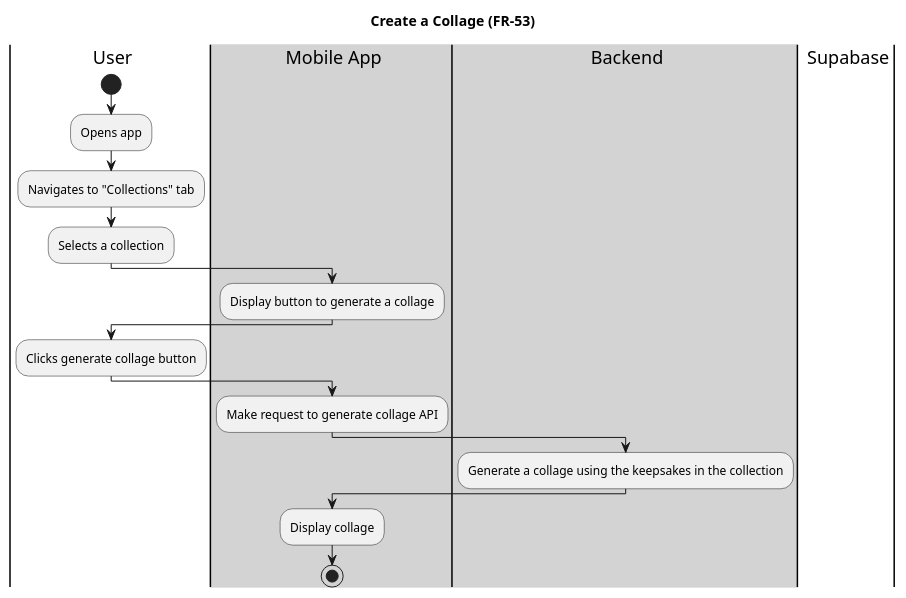
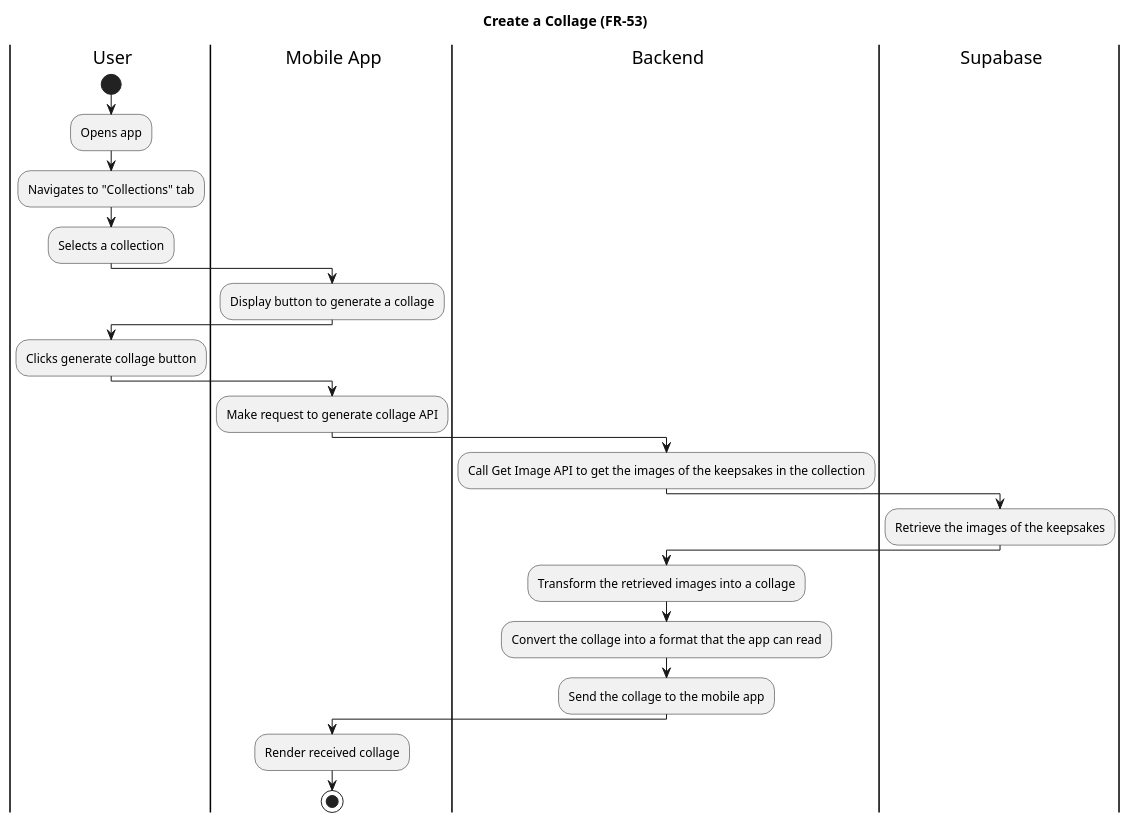
Before and after one commit to owencooke/memento: the diagram in docs/activity/collage-creation.puml, drawn with PlantUML.

Commit message:
Extra steps collage creation

```diff
--- a/docs/activity/collage-creation.puml
+++ b/docs/activity/collage-creation.puml
@@ -1,31 +1,39 @@
 @startuml
 title Create a Collage (FR-53)
 
 |user| User
-|#lightgray|mobile| Mobile App
-|#lightgray|backend| Backend
+|mobile| Mobile App
+|backend| Backend
 |db| Supabase
 
 |user|
 start
 :Opens app;
 :Navigates to "Collections" tab;
 :Selects a collection;
 
 |mobile|
 :Display button to generate a collage;
 
 |user|
 :Clicks generate collage button;
 
 |mobile|
 :Make request to generate collage API;
 
 |backend|
-:Generate a collage using the keepsakes in the collection;
+:Call Get Image API to get the images of the keepsakes in the collection;
+
+|db|
+:Retrieve the images of the keepsakes;
+
+|backend|
+:Transform the retrieved images into a collage;
+:Convert the collage into a format that the app can read;
+:Send the collage to the mobile app;
 
 |mobile|
-:Display collage;
+:Render received collage;
 
 stop
 @enduml
```
